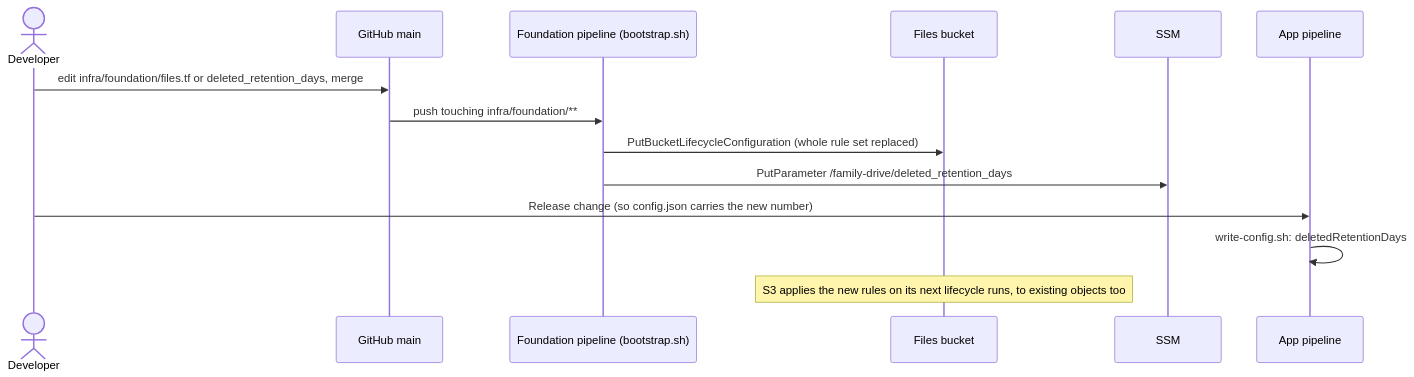
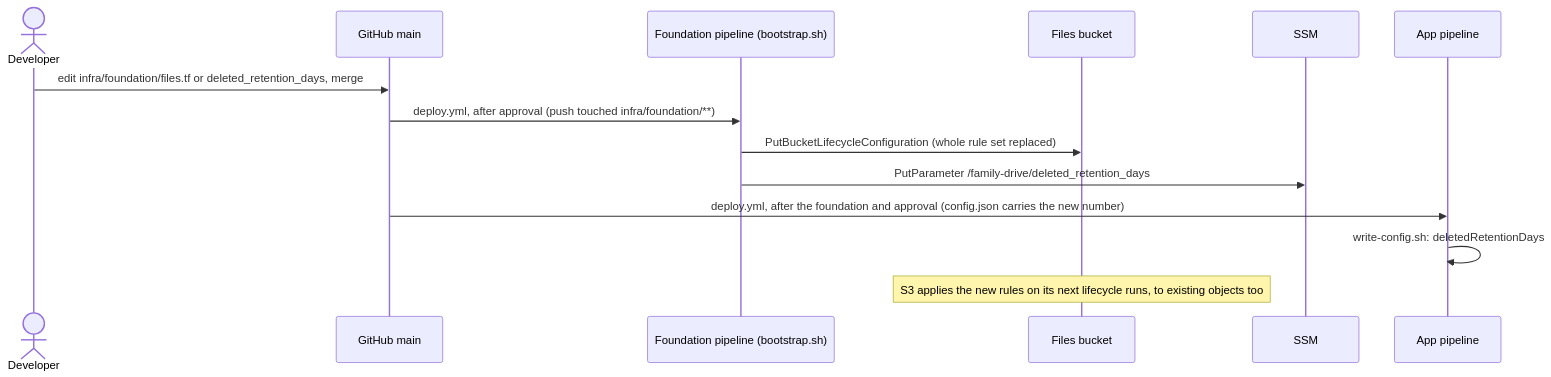
Before and after one commit to hualinh1012/personal-storage: the first of 2 diagrams in docs/features/storage-and-retention.md, drawn with Mermaid. The commit also changed 16 other files, not shown here.

````diff
--- a/docs/features/storage-and-retention.md
+++ b/docs/features/storage-and-retention.md
@@ -145,17 +145,17 @@
 ```mermaid
 sequenceDiagram
     actor Dev as Developer
     participant GH as GitHub main
     participant FP as Foundation pipeline (bootstrap.sh)
     participant S3 as Files bucket
     participant SSM
     participant AP as App pipeline
 
     Dev->>GH: edit infra/foundation/files.tf or deleted_retention_days, merge
-    GH->>FP: push touching infra/foundation/**
+    GH->>FP: deploy.yml, after approval (push touched infra/foundation/**)
     FP->>S3: PutBucketLifecycleConfiguration (whole rule set replaced)
     FP->>SSM: PutParameter /family-drive/deleted_retention_days
-    Dev->>AP: Release change (so config.json carries the new number)
+    GH->>AP: deploy.yml, after the foundation and approval (config.json carries the new number)
     AP->>AP: write-config.sh: deletedRetentionDays
     Note over S3: S3 applies the new rules on its next lifecycle runs, to existing objects too
 ```
````
